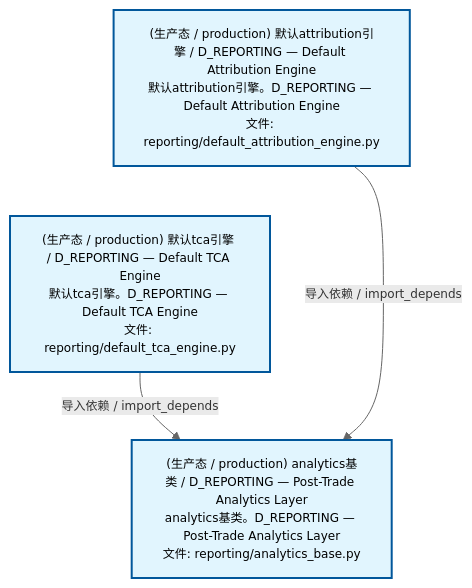
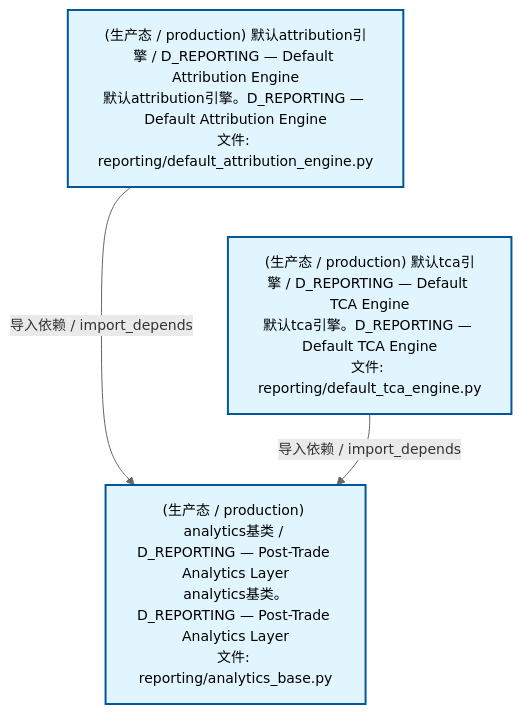
The second of 4 diagrams in docs/02_enterprise_architecture/02_domain_architecture_docs/26_d_reporting.md (xuanFelixVan/ZephyrAlpha), drawn with Mermaid before and after one commit. The commit also changed other lines of this file and 61 other files, not shown here.

````diff
--- a/docs/02_enterprise_architecture/02_domain_architecture_docs/26_d_reporting.md
+++ b/docs/02_enterprise_architecture/02_domain_architecture_docs/26_d_reporting.md
@@ -117,15 +117,15 @@
 ```mermaid
-%%{init: {'theme': 'base', 'themeVariables': {'primaryColor': '#eaeaea', 'primaryTextColor': '#333333', 'primaryBorderColor': '#666666', 'lineColor': '#666666', 'secondaryColor': '#eaeaea', 'tertiaryColor': '#eaeaea', 'fontSize': '12px'}}}%%
+%%{init: {'theme': 'base', 'themeVariables': {'primaryColor': '#eaeaea', 'primaryTextColor': '#333333', 'primaryBorderColor': '#666666', 'lineColor': '#666666', 'secondaryColor': '#eaeaea', 'tertiaryColor': '#eaeaea', 'fontSize': '14px'}}}%%
 flowchart TD
     src_zephyr_reporting_default_attribution_engine_py["(生产态 / production) 默认attribution引擎 / D_REPORTING — Default Attribution Engine<br/>默认attribution引擎。D_REPORTING — Default Attribution Engine<br/>文件: reporting/default_attribution_engine.py"]
     src_zephyr_reporting_default_tca_engine_py["(生产态 / production) 默认tca引擎 / D_REPORTING — Default TCA Engine<br/>默认tca引擎。D_REPORTING — Default TCA Engine<br/>文件: reporting/default_tca_engine.py"]
     src_zephyr_reporting_default_attribution_engine_py ~~~ src_zephyr_reporting_default_tca_engine_py
     src_zephyr_reporting_analytics_base_py["(生产态 / production) analytics基类 / D_REPORTING — Post-Trade Analytics Layer<br/>analytics基类。D_REPORTING — Post-Trade Analytics Layer<br/>文件: reporting/analytics_base.py"]
+    src_zephyr_reporting_default_attribution_engine_py -->|导入依赖 / import_depends| src_zephyr_reporting_analytics_base_py
     src_zephyr_reporting_default_tca_engine_py -->|导入依赖 / import_depends| src_zephyr_reporting_analytics_base_py
-    src_zephyr_reporting_default_attribution_engine_py -->|导入依赖 / import_depends| src_zephyr_reporting_analytics_base_py
     classDef production fill:#e1f5fe,stroke:#01579b,stroke-width:2px,color:#000
     classDef design fill:#fff3e0,stroke:#e65100,stroke-width:2px,color:#000,stroke-dasharray: 5 5
     classDef external_prod fill:#e8f4fd,stroke:#0277bd,stroke-width:1px,color:#000
     classDef external_design fill:#fff8e7,stroke:#ef6c00,stroke-width:1px,color:#000,stroke-dasharray: 5 5
     class src_zephyr_reporting_analytics_base_py,src_zephyr_reporting_default_attribution_engine_py,src_zephyr_reporting_default_tca_engine_py production
 ```
````
